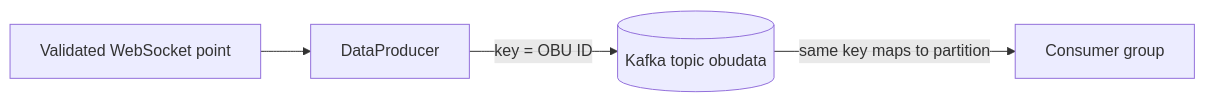
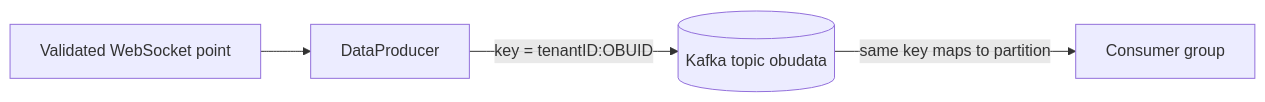
Before and after one commit to Tanmoy095/FleetToll-Engine: the diagram in docs/learning/features/04-kafka-producer.md, drawn with Mermaid. The commit also changed other lines of this file and 26 other files, not shown here.

````diff
--- a/docs/learning/features/04-kafka-producer.md
+++ b/docs/learning/features/04-kafka-producer.md
@@ -9,6 +9,6 @@
 ```mermaid
 flowchart LR
   WS[Validated WebSocket point] --> DP[DataProducer]
-  DP -->|key = OBU ID| K[(Kafka topic obudata)]
+  DP -->|key = tenantID:OBUID| K[(Kafka topic obudata)]
   K -->|same key maps to partition| C[Consumer group]
 ```
````
